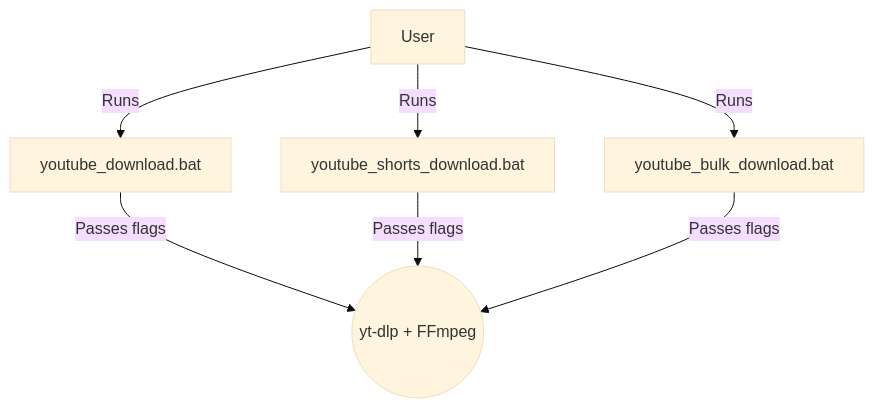
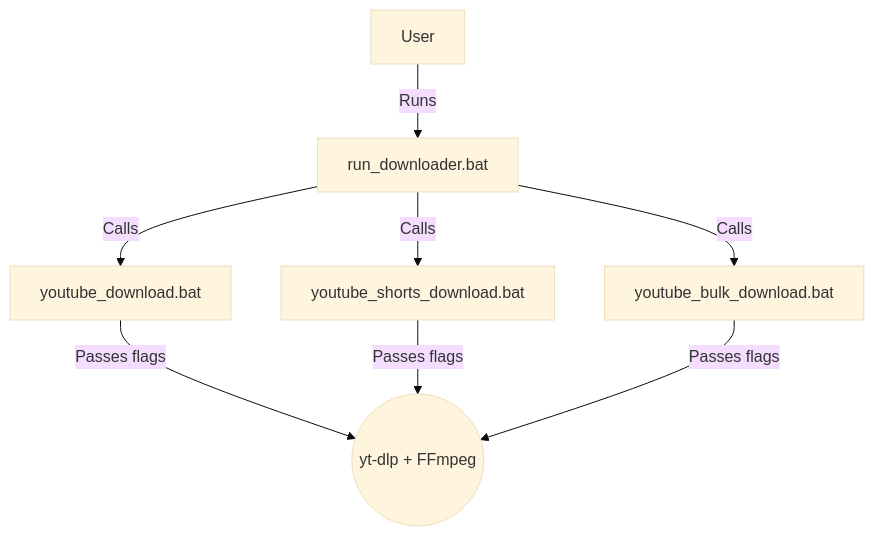
Before and after one commit to krishnakanthb13/yt-downloader: the diagram in README.md, drawn with Mermaid (base theme). The commit also changed other lines of this file and 2 other files, not shown here.

````diff
--- a/README.md
+++ b/README.md
@@ -84,10 +90,11 @@
 ```mermaid
 graph TD
-    A[User] -->|Runs| B[youtube_download.bat]
-    A -->|Runs| C[youtube_shorts_download.bat]
-    A -->|Runs| D[youtube_bulk_download.bat]
+    A[User] -->|Runs| M[run_downloader.bat]
+    M -->|Calls| B[youtube_download.bat]
+    M -->|Calls| C[youtube_shorts_download.bat]
+    M -->|Calls| D[youtube_bulk_download.bat]
     
     B -->|Passes flags| E((yt-dlp + FFmpeg))
     C -->|Passes flags| E
     D -->|Passes flags| E
 ```
````
